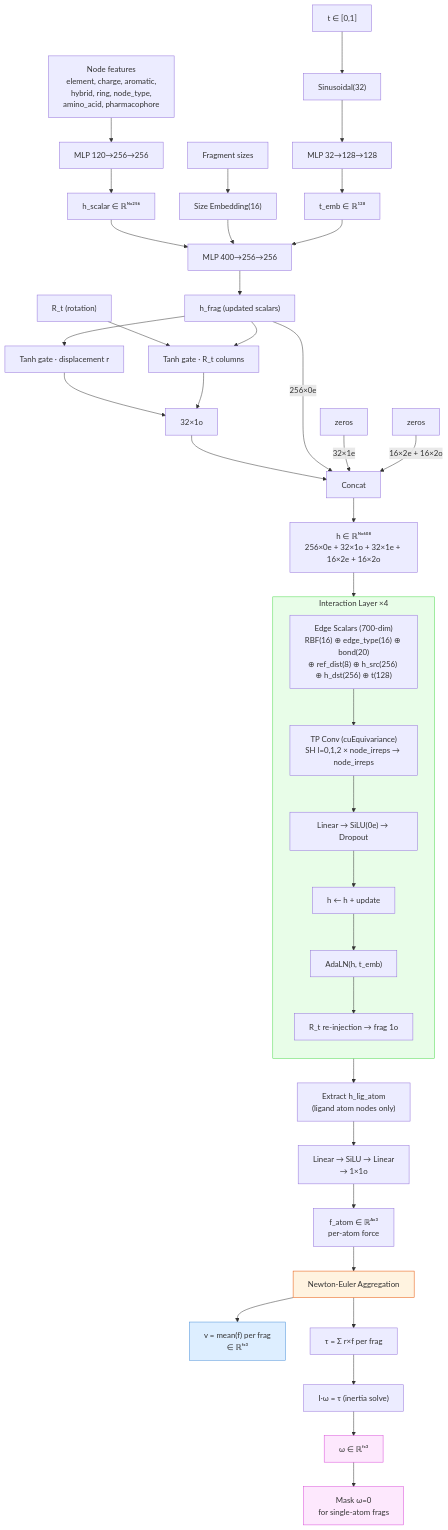
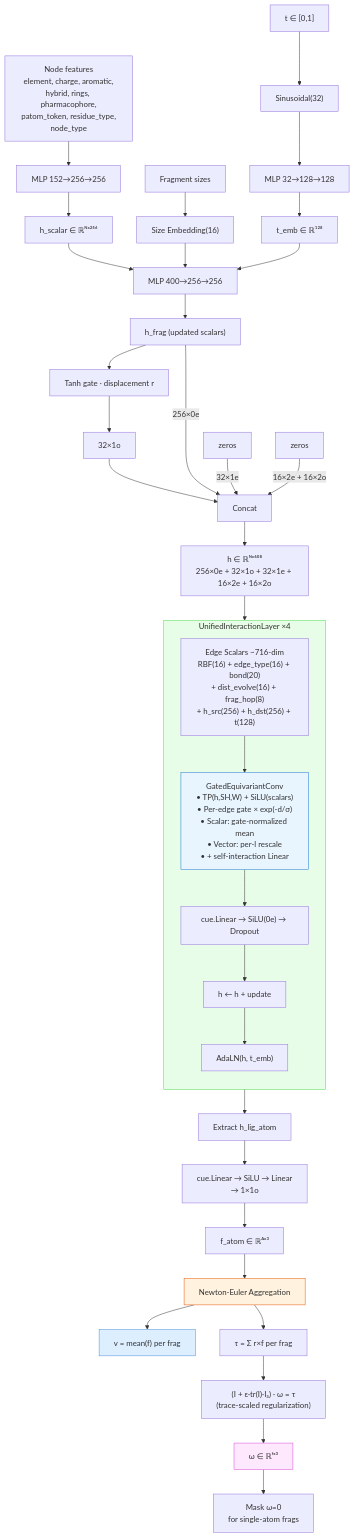
The diagram in docs/architecture.md (eightmm/FlowFrag), drawn with Mermaid before and after one commit. The commit also changed other lines of this file and 61 other files, not shown here.

````diff
--- a/docs/architecture.md
+++ b/docs/architecture.md
@@ -9,64 +9,53 @@
 ```mermaid
 flowchart TB
-    %% ── Inputs ──
     IN_t["t ∈ [0,1]"] --> SIN["Sinusoidal(32)"]
     SIN --> TMLP["MLP 32→128→128"]
     TMLP --> t_emb["t_emb ∈ ℝ¹²⁸"]
 
-    IN_node["Node features\nelement, charge, aromatic,\nhybrid, ring, node_type,\namino_acid, pharmacophore"] --> NEMB["MLP 120→256→256"]
+    IN_node["Node features\nelement, charge, aromatic,\nhybrid, rings, pharmacophore,\npatom_token, residue_type,\nnode_type"] --> NEMB["MLP 152→256→256"]
     NEMB --> h0["h_scalar ∈ ℝᴺˣ²⁵⁶"]
 
     IN_frag["Fragment sizes"] --> SEMB["Size Embedding(16)"]
     h0 --> FINIT
     SEMB --> FINIT
     t_emb --> FINIT["MLP 400→256→256"]
     FINIT --> h0_frag["h_frag (updated scalars)"]
 
-    %% ── Equivariant State ──
     h0_frag --> GATE["Tanh gate · displacement r"]
     GATE --> h1o["32×1o"]
-
-    IN_R["R_t (rotation)"] --> RGATE["Tanh gate · R_t columns"]
-    h0_frag --> RGATE
-    RGATE --> h1o
 
     h1o --> CONCAT
     h0_frag -->|"256×0e"| CONCAT
     ZERO1["zeros"] -->|"32×1e"| CONCAT
     ZERO2["zeros"] -->|"16×2e + 16×2o"| CONCAT
     CONCAT["Concat"] --> h["h ∈ ℝᴺˣ⁶⁰⁸\n256×0e + 32×1o + 32×1e + 16×2e + 16×2o"]
 
-    %% ── Interaction ──
     h --> LAYER
 
-    subgraph LAYER["Interaction Layer  ×4"]
+    subgraph LAYER["UnifiedInteractionLayer ×4"]
         direction TB
-        ES["Edge Scalars (700-dim)\nRBF(16) ⊕ edge_type(16) ⊕ bond(20)\n⊕ ref_dist(8) ⊕ h_src(256) ⊕ h_dst(256) ⊕ t(128)"]
-        TP["TP Conv (cuEquivariance)\nSH l=0,1,2 × node_irreps → node_irreps"]
-        UP["Linear → SiLU(0e) → Dropout"]
+        ES["Edge Scalars ~716-dim\nRBF(16) + edge_type(16) + bond(20)\n+ dist_evolve(16) + frag_hop(8)\n+ h_src(256) + h_dst(256) + t(128)"]
+        CONV["GatedEquivariantConv\n• TP(h,SH,W) + SiLU(scalars)\n• Per-edge gate × exp(-d/σ)\n• Scalar: gate-normalized mean\n• Vector: per-l rescale\n• + self-interaction Linear"]
+        UP["cue.Linear → SiLU(0e) → Dropout"]
         RES["h ← h + update"]
         ALN["AdaLN(h, t_emb)"]
-        RI["R_t re-injection → frag 1o"]
-        ES --> TP --> UP --> RES --> ALN --> RI
+        ES --> CONV --> UP --> RES --> ALN
     end
 
-    %% ── Output (Newton-Euler) ──
-    LAYER --> EXTRACT["Extract h_lig_atom\n(ligand atom nodes only)"]
-
-    EXTRACT --> FHEAD["Linear → SiLU → Linear\n→ 1×1o"]
-    FHEAD --> fatom["f_atom ∈ ℝᴬˣ³\nper-atom force"]
+    LAYER --> EXTRACT["Extract h_lig_atom"]
+    EXTRACT --> FHEAD["cue.Linear → SiLU → Linear\n→ 1×1o"]
+    FHEAD --> fatom["f_atom ∈ ℝᴬˣ³"]
 
     fatom --> NE["Newton-Euler Aggregation"]
-    NE --> v["v = mean(f) per frag\n∈ ℝᶠˣ³"]
+    NE --> v["v = mean(f) per frag"]
     NE --> tau["τ = Σ r×f per frag"]
-    tau --> SOLVE["I·ω = τ  (inertia solve)"]
+    tau --> SOLVE["(I + ε·tr(I)·I₃) · ω = τ\n(trace-scaled regularization)"]
     SOLVE --> w["ω ∈ ℝᶠˣ³"]
     w --> WMASK["Mask ω=0\nfor single-atom frags"]
 
-    %% ── Styles ──
     style LAYER fill:#e8fde8,stroke:#4ad94a
+    style CONV fill:#e8f5ff,stroke:#1976d2
     style NE fill:#fff3e0,stroke:#e65100
     style v fill:#ddeeff,stroke:#4a90d9
     style w fill:#fde8fd,stroke:#d94ad9
-    style WMASK fill:#fde8fd,stroke:#d94ad9
 ```
````
